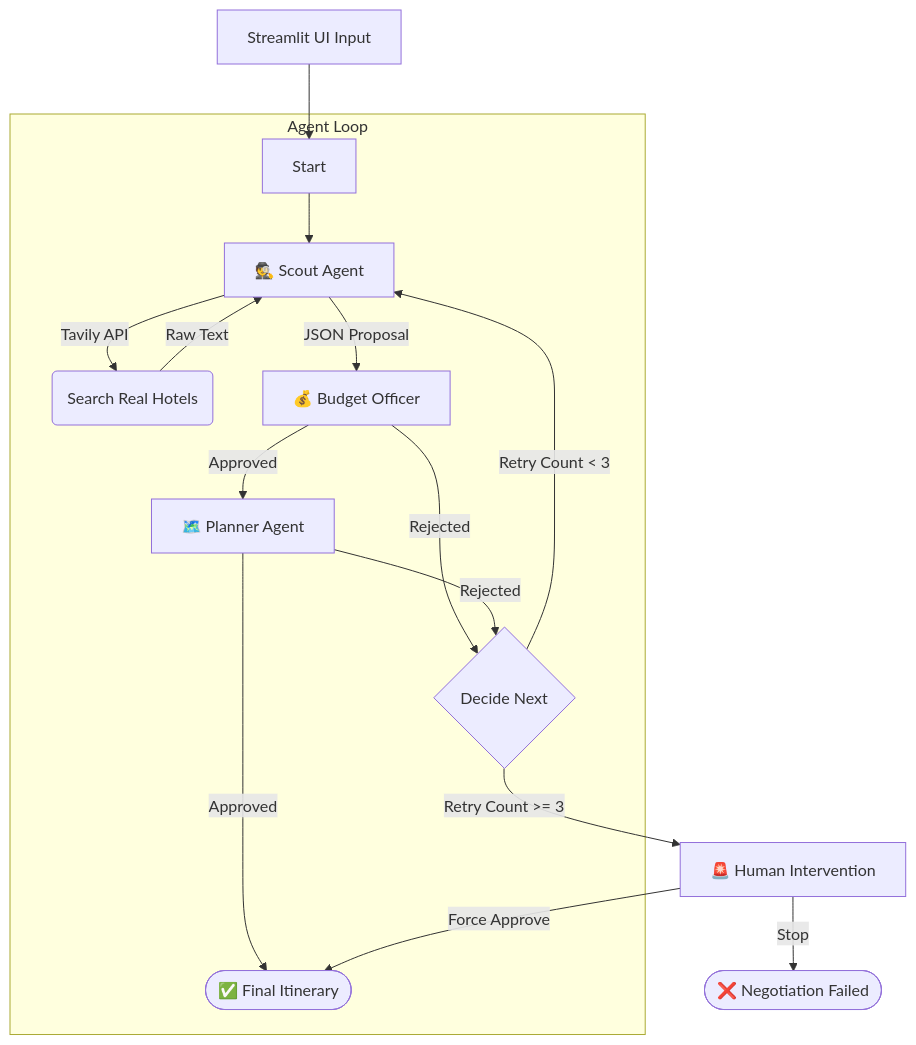
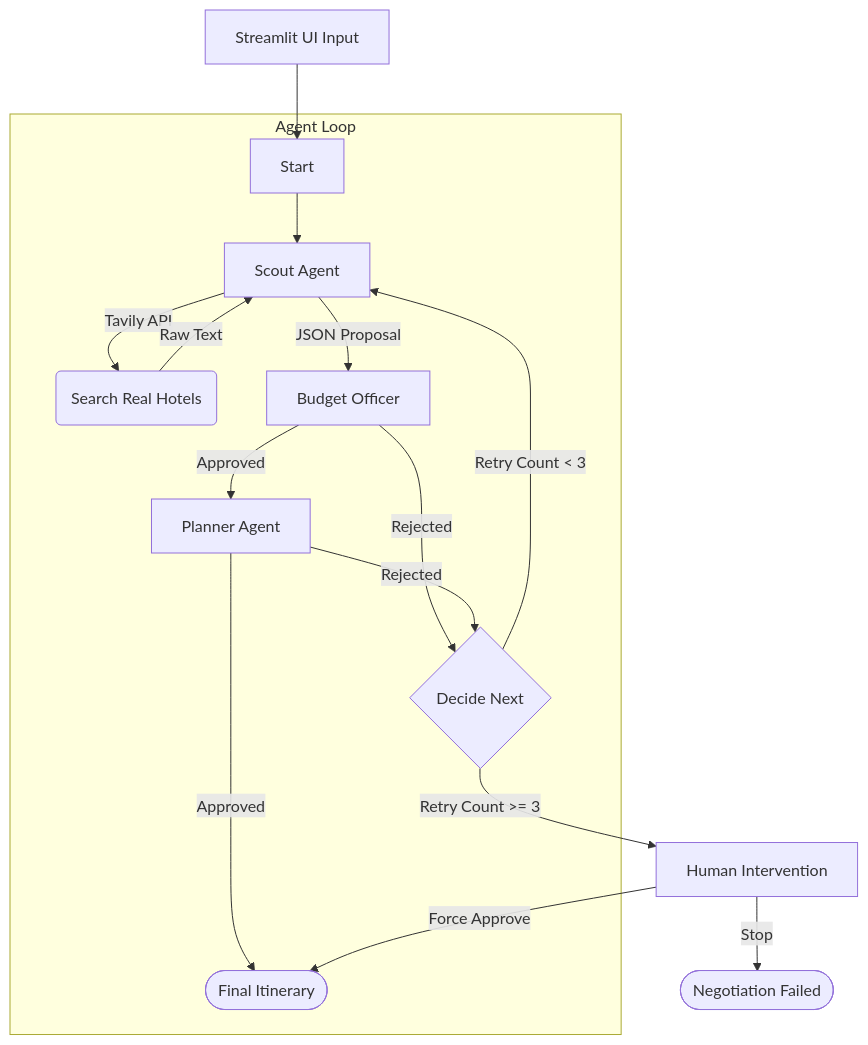
Before and after one commit to Ak-Dan/Travel_negotiator: the diagram in README.md, drawn with Mermaid. The commit also changed other lines of this file and 8 other files, not shown here.

`````diff
--- a/README.md
+++ b/README.md
@@ -35,23 +40,23 @@
 ```mermaid
 flowchart TD
     User[Streamlit UI Input] --> Start
     
     subgraph "Agent Loop"
-        Start --> Scout[🕵️ Scout Agent]
+        Start --> Scout[ Scout Agent]
         Scout -->|Tavily API| Web(Search Real Hotels)
         Web -->|Raw Text| Scout
-        Scout -->|JSON Proposal| Budget[💰 Budget Officer]
+        Scout -->|JSON Proposal| Budget[ Budget Officer]
         
-        Budget -->|Approved| Planner[🗺️ Planner Agent]
+        Budget -->|Approved| Planner[ Planner Agent]
         Budget -->|Rejected| Router{Decide Next}
         
-        Planner -->|Approved| End([✅ Final Itinerary])
+        Planner -->|Approved| End([ Final Itinerary])
         Planner -->|Rejected| Router
     end
     
     Router -->|Retry Count < 3| Scout
-    Router -->|Retry Count >= 3| Human[🚨 Human Intervention]
+    Router -->|Retry Count >= 3| Human[ Human Intervention]
     
     Human -->|Force Approve| End
-    Human -->|Stop| Fail([❌ Negotiation Failed])
+    Human -->|Stop| Fail([ Negotiation Failed])
 ````
`````
